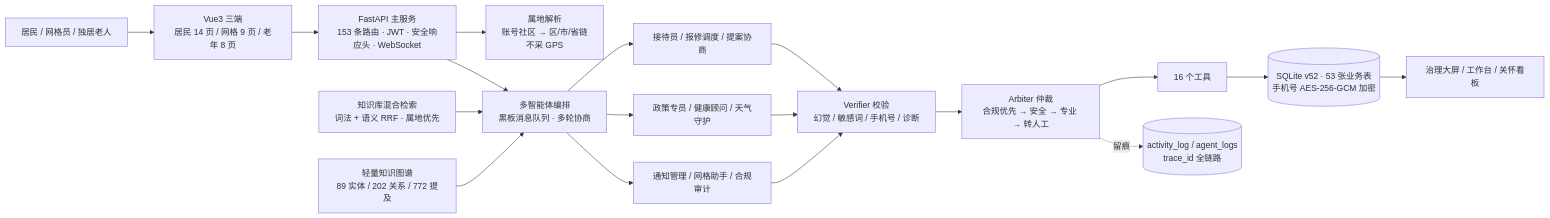
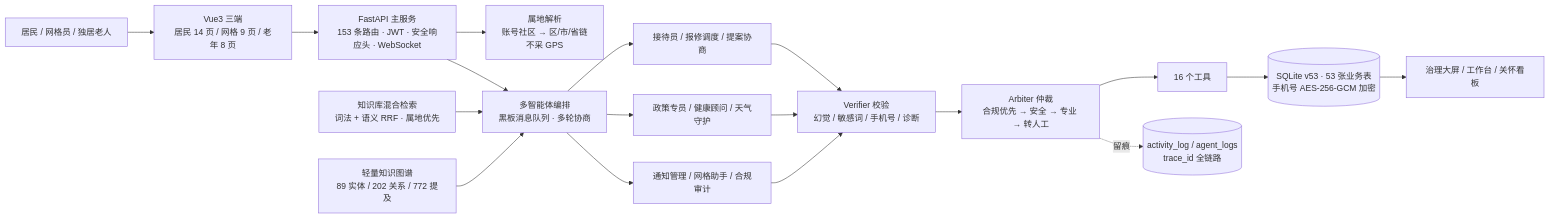
One commit to woshuofengsu/campus-insight-agent changed the diagram in docs/competition/创意说明书-提交版.md. Above: the diagram before and after it, drawn with Mermaid. The commit also changed other lines of this file and 33 other files, not shown here.

````diff
--- a/docs/competition/创意说明书-提交版.md
+++ b/docs/competition/创意说明书-提交版.md
@@ -113,18 +113,18 @@
 ```mermaid
 flowchart LR
     U[居民 / 网格员 / 独居老人] --> UI[Vue3 三端<br/>居民 14 页 / 网格 9 页 / 老年 8 页]
     UI --> API[FastAPI 主服务<br/>153 条路由 · JWT · 安全响应头 · WebSocket]
     API --> R[属地解析<br/>账号社区 → 区/市/省链<br/>不采 GPS]
     API --> O[多智能体编排<br/>黑板消息队列 · 多轮协商]
     O --> A1[接待员 / 报修调度 / 提案协商]
     O --> A2[政策专员 / 健康顾问 / 天气守护]
     O --> A3[通知管理 / 网格助手 / 合规审计]
     A1 & A2 & A3 --> V[Verifier 校验<br/>幻觉 / 敏感词 / 手机号 / 诊断]
     V --> AR[Arbiter 仲裁<br/>合规优先 → 安全 → 专业 → 转人工]
     AR --> T[16 个工具]
-    T --> DB[(SQLite v52 · 53 张业务表<br/>手机号 AES-256-GCM 加密)]
+    T --> DB[(SQLite v53 · 53 张业务表<br/>手机号 AES-256-GCM 加密)]
     KB[知识库混合检索<br/>词法 + 语义 RRF · 属地优先] --> O
     KG[轻量知识图谱<br/>89 实体 / 202 关系 / 772 提及] --> O
     DB --> S[治理大屏 / 工作台 / 关怀看板]
     AR -.留痕.-> LOG[(activity_log / agent_logs<br/>trace_id 全链路)]
 ```
````
